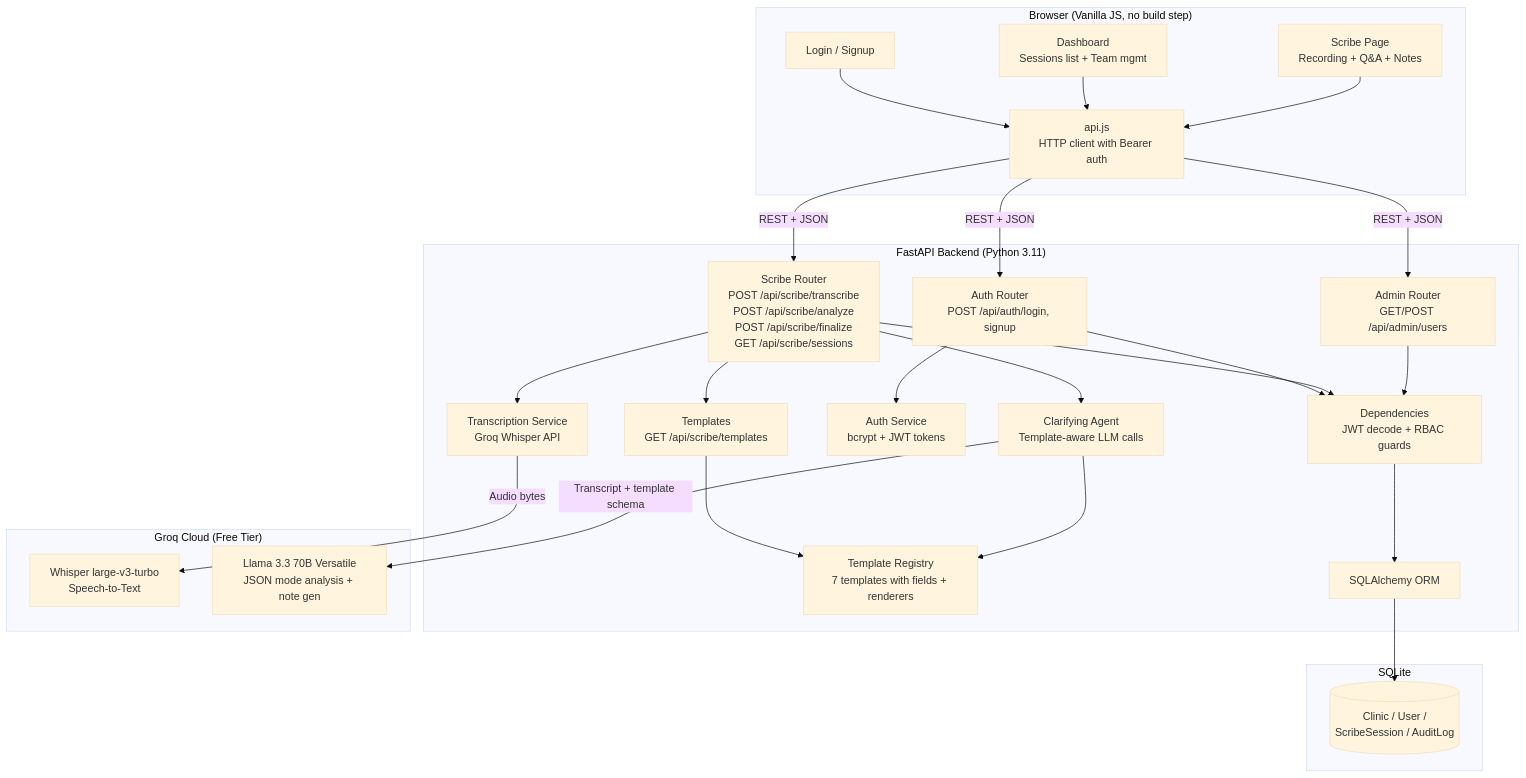
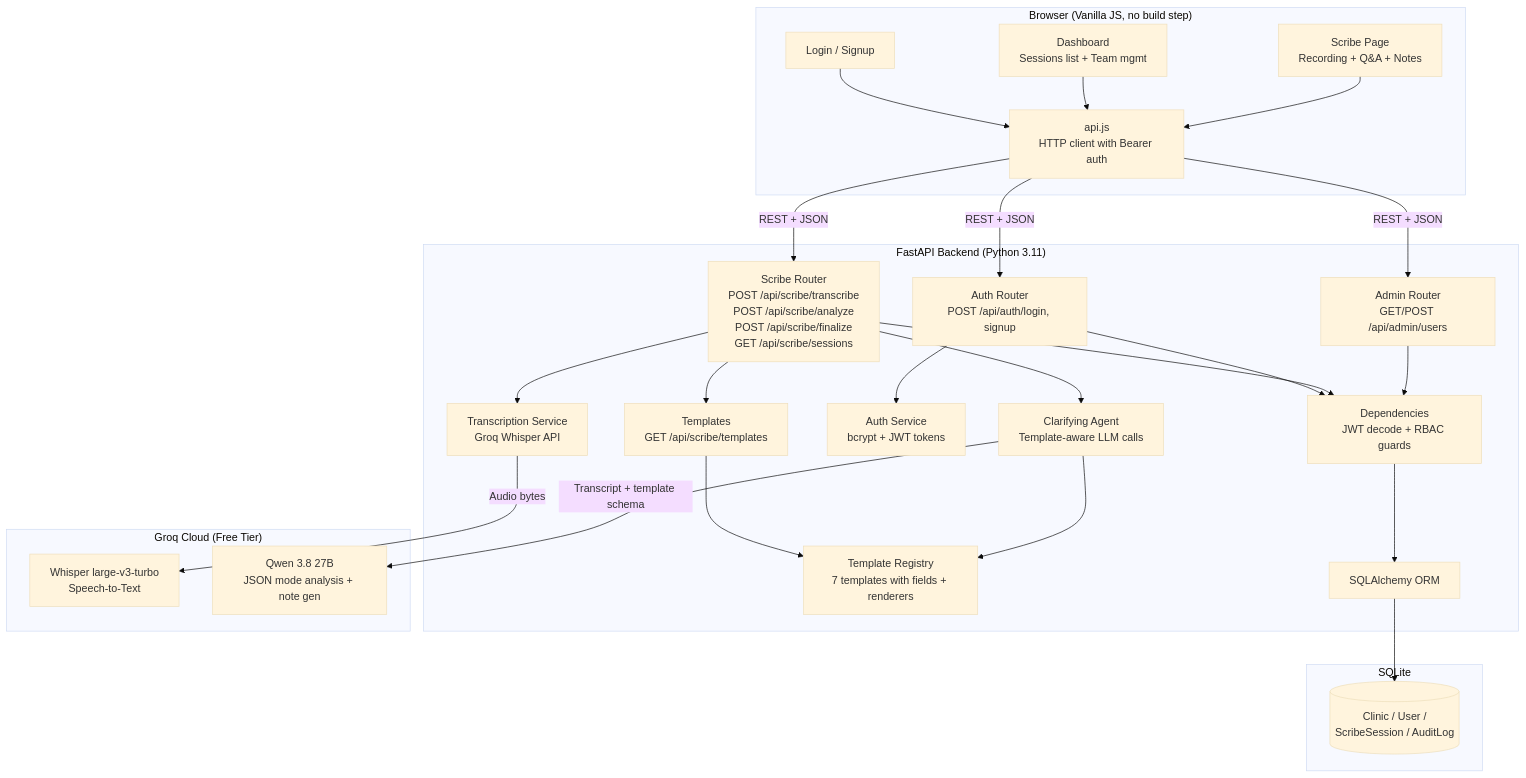
The first of 4 diagrams in README.md (mihirgediya2001/milya-scribe-plus), drawn with Mermaid (base theme) before and after one commit. The commit also changed other lines of this file and 3 other files, not shown here.

````diff
--- a/README.md
+++ b/README.md
@@ -24,46 +24,46 @@
 ```mermaid
 graph TB
     subgraph Client["Browser (Vanilla JS, no build step)"]
         LOGIN[Login / Signup]
         DASH[Dashboard<br>Sessions list + Team mgmt]
         SCRIBE[Scribe Page<br>Recording + Q&A + Notes]
         API_JS[api.js<br>HTTP client with Bearer auth]
     end
 
     subgraph Server["FastAPI Backend (Python 3.11)"]
         AUTH[Auth Router<br>POST /api/auth/login, signup]
         SCRIBE_R[Scribe Router<br>POST /api/scribe/transcribe<br>POST /api/scribe/analyze<br>POST /api/scribe/finalize<br>GET /api/scribe/sessions]
         ADMIN_R[Admin Router<br>GET/POST /api/admin/users]
         TMPL_R[Templates<br>GET /api/scribe/templates]
         DEPS[Dependencies<br>JWT decode + RBAC guards]
         SVC_AUTH[Auth Service<br>bcrypt + JWT tokens]
         SVC_STT[Transcription Service<br>Groq Whisper API]
         SVC_AGENT[Clarifying Agent<br>Template-aware LLM calls]
         TMPL_REG[Template Registry<br>7 templates with fields + renderers]
         MODELS[SQLAlchemy ORM]
     end
 
     subgraph AI["Groq Cloud (Free Tier)"]
         WHISPER[Whisper large-v3-turbo<br>Speech-to-Text]
-        LLAMA[Llama 3.3 70B Versatile<br>JSON mode analysis + note gen]
+        QWEN[Qwen 3.8 27B<br>JSON mode analysis + note gen]
     end
 
     subgraph DB["SQLite"]
         TABLES[(Clinic / User /<br>ScribeSession / AuditLog)]
     end
 
     LOGIN --> API_JS
     DASH --> API_JS
     SCRIBE --> API_JS
     API_JS -->|REST + JSON| AUTH
     API_JS -->|REST + JSON| SCRIBE_R
     API_JS -->|REST + JSON| ADMIN_R
     AUTH --> DEPS --> MODELS --> TABLES
     SCRIBE_R --> DEPS
     ADMIN_R --> DEPS
     SCRIBE_R --> SVC_STT -->|Audio bytes| WHISPER
-    SCRIBE_R --> SVC_AGENT -->|Transcript + template schema| LLAMA
+    SCRIBE_R --> SVC_AGENT -->|Transcript + template schema| QWEN
     SCRIBE_R --> TMPL_R --> TMPL_REG
     SVC_AGENT --> TMPL_REG
     AUTH --> SVC_AUTH
 ```
````
